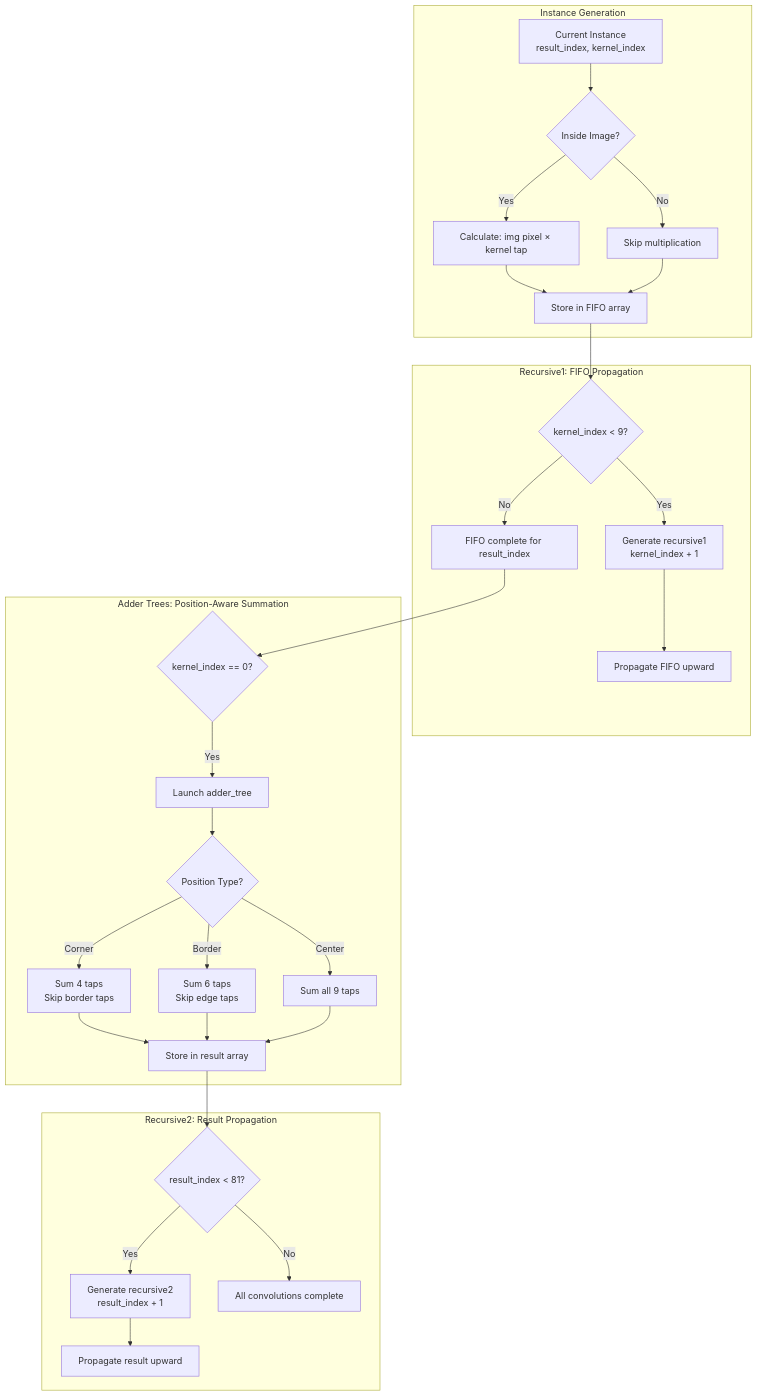
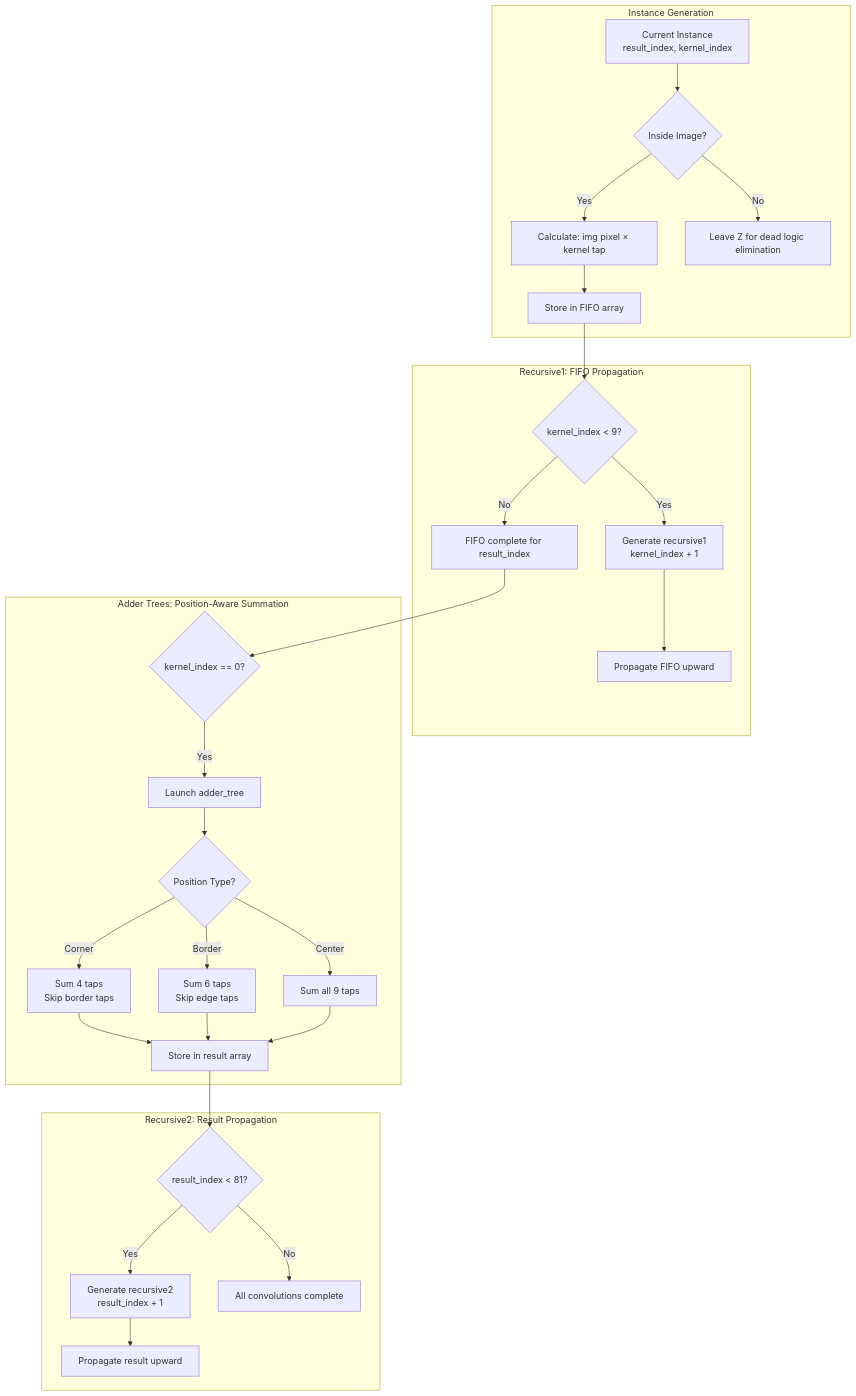
Before and after one commit to jalcim/logilib: the ninth of 12 diagrams in src/tensor/README.md, drawn with Mermaid. The commit also changed other lines of this file and 1 other file, not shown here.

````diff
--- a/src/tensor/README.md
+++ b/src/tensor/README.md
@@ -182,42 +188,41 @@
 ```mermaid
 graph TD
     subgraph "Instance Generation"
         A[Current Instance<br/>result_index, kernel_index]
         A --> B{Inside Image?}
         B -->|Yes| C[Calculate: img pixel × kernel tap]
-        B -->|No| D[Skip multiplication]
+        B -->|No| D[Leave Z for dead logic elimination]
         C --> E[Store in FIFO array]
-        D --> E
     end
 
     subgraph "Recursive1: FIFO Propagation"
         F{kernel_index < 9?}
         F -->|Yes| G[Generate recursive1<br/>kernel_index + 1]
         G --> H[Propagate FIFO upward]
         F -->|No| I[FIFO complete for result_index]
     end
 
     subgraph "Adder Trees: Position-Aware Summation"
         J{kernel_index == 0?}
         J -->|Yes| K[Launch adder_tree]
         K --> L{Position Type?}
         L -->|Corner| M[Sum 4 taps<br/>Skip border taps]
         L -->|Border| N[Sum 6 taps<br/>Skip edge taps]
         L -->|Center| O[Sum all 9 taps]
         M --> P[Store in result array]
         N --> P
         O --> P
     end
 
     subgraph "Recursive2: Result Propagation"
         Q{result_index < 81?}
         Q -->|Yes| R[Generate recursive2<br/>result_index + 1]
         R --> S[Propagate result upward]
         Q -->|No| T[All convolutions complete]
     end
 
     E --> F
     I --> J
     P --> Q
 
 ```
````
